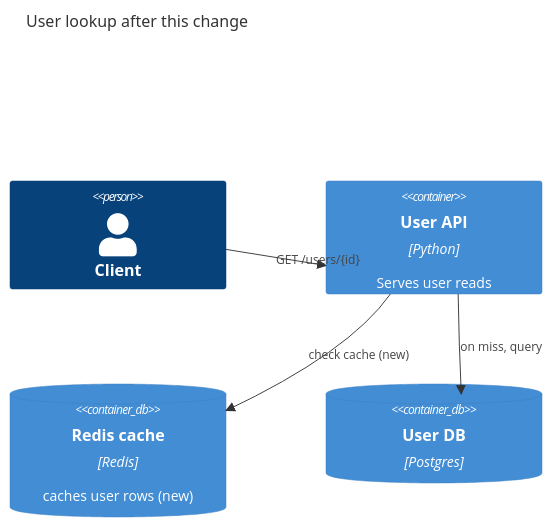
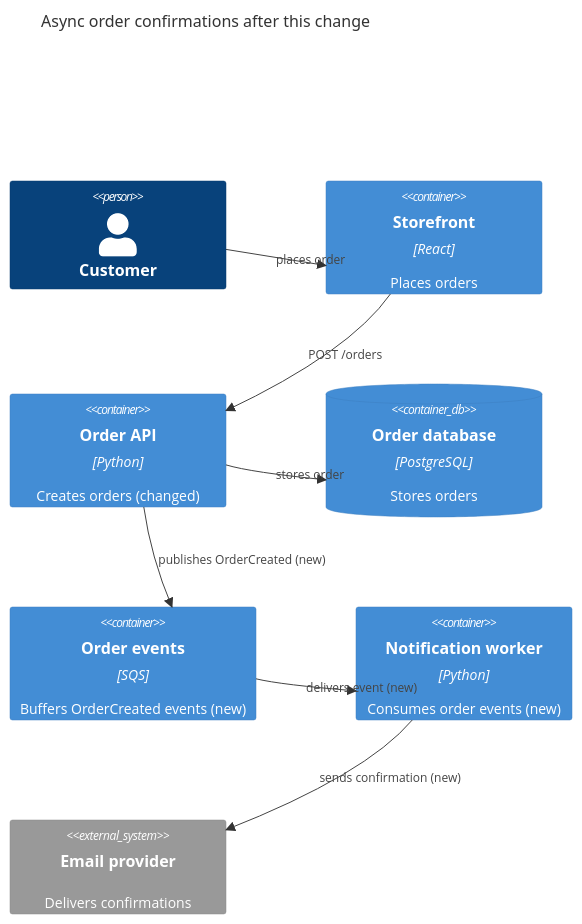
One commit to MattJColes/lgtmaybe changed the diagram in docs/index.md. Above: the diagram before and after it, drawn with Mermaid. The commit also changed 8 other files, not shown here.

Commit message:
docs: improve homepage change diagram

````diff
--- a/docs/index.md
+++ b/docs/index.md
@@ -43,11 +43,17 @@
 ```mermaid
 C4Container
-    title User lookup after this change
-    Person(client, "Client")
-    Container(api, "User API", "Python", "Serves user reads")
-    ContainerDb(cache, "Redis cache", "Redis", "caches user rows (new)")
-    ContainerDb(db, "User DB", "Postgres")
-    Rel(client, api, "GET /users/{id}")
-    Rel(api, cache, "check cache (new)")
-    Rel(api, db, "on miss, query")
+    title Async order confirmations after this change
+    Person(customer, "Customer")
+    Container(web, "Storefront", "React", "Places orders")
+    Container(api, "Order API", "Python", "Creates orders (changed)")
+    ContainerDb(db, "Order database", "PostgreSQL", "Stores orders")
+    Container(queue, "Order events", "SQS", "Buffers OrderCreated events (new)")
+    Container(worker, "Notification worker", "Python", "Consumes order events (new)")
+    System_Ext(email, "Email provider", "Delivers confirmations")
+    Rel(customer, web, "places order")
+    Rel(web, api, "POST /orders")
+    Rel(api, db, "stores order")
+    Rel(api, queue, "publishes OrderCreated (new)")
+    Rel(queue, worker, "delivers event (new)")
+    Rel(worker, email, "sends confirmation (new)")
 ```
````
